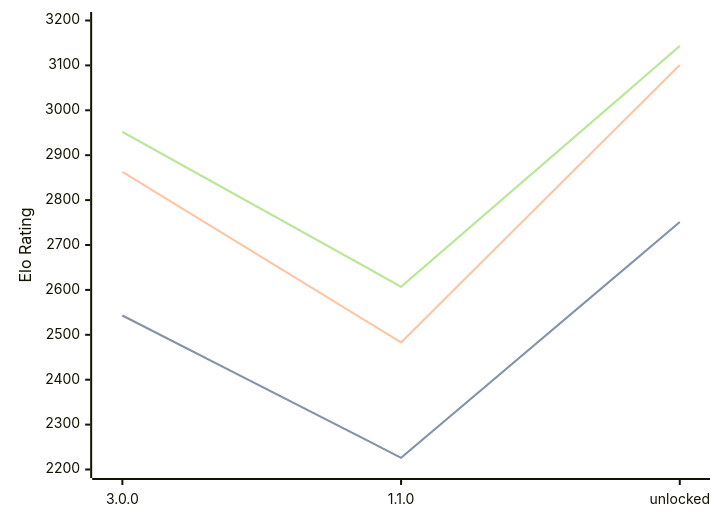
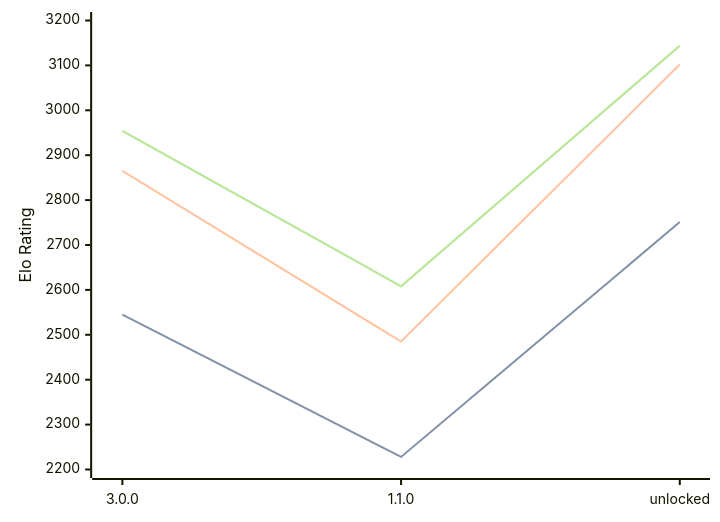
One commit to computer-chess-index/cci changed the diagram in engines/Potential.md. Above: the diagram before and after it, drawn with Mermaid. The commit also changed other lines of this file, not shown here.

Commit message:
Update CCI Ratings (ELO VLTC) - 2026-10-09

````diff
--- a/engines/Potential.md
+++ b/engines/Potential.md
@@ -33,11 +33,11 @@
 ```mermaid
 %%{init: {"theme":"base","themeVariables":{"seriesColors:['#a3a3a3','#222221','#faa371']}}}%%
 xychart-beta
   x-axis ["3.0.0", "1.1.0", "unlocked"]
   y-axis "Elo Rating" 2200 --> 3200
-  line "" [2543, 2226, 2751]
-  line "STC (8.0+0.08s)" [2543, 2226, 2751]
-  line "LTC (60.0+0.60s)" [2863, 2483, 3101]
-  line "" [2952, 2607, 3143]
-  line "VLTC (2m24s+1.12s)" [2952, 2607, 3143]
+  line "" [2545, 2228, 2751]
+  line "STC (8.0+0.08s)" [2545, 2228, 2751]
+  line "LTC (60.0+0.60s)" [2865, 2485, 3102]
+  line "" [2954, 2608, 3144]
+  line "VLTC (2m24s+1.12s)" [2954, 2608, 3144]
 ```
````
